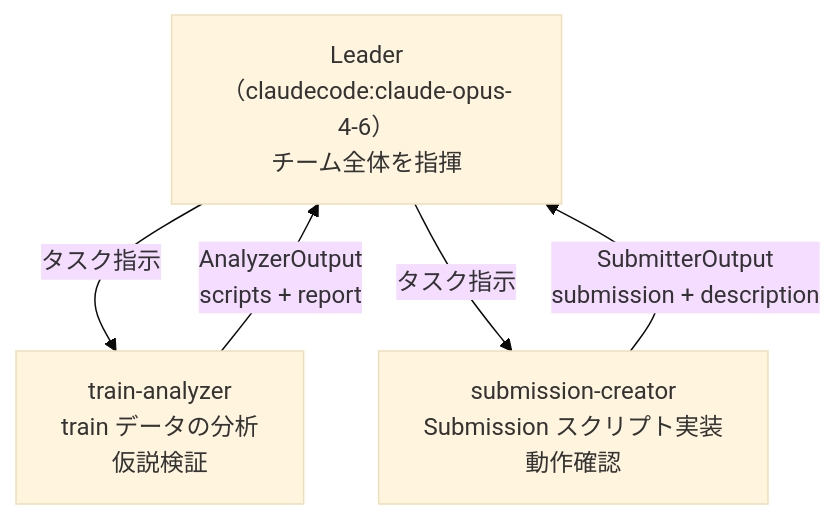
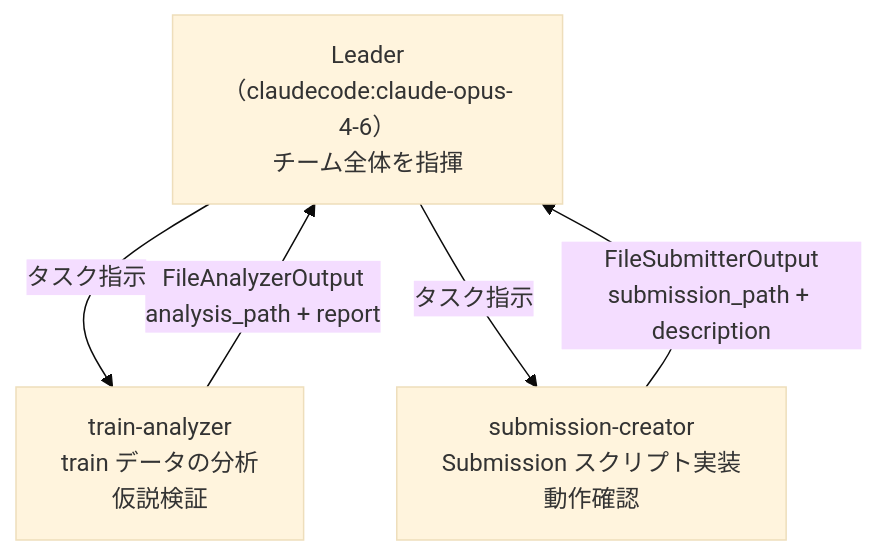
Before and after one commit to drillan/mixseek-quant-insight-plus: the second of 4 diagrams in docs/system-flow.md, drawn with Mermaid (base theme). The commit also changed other lines of this file and 10 other files, not shown here.

````diff
--- a/docs/system-flow.md
+++ b/docs/system-flow.md
@@ -146,8 +150,8 @@
 ```{mermaid}
 flowchart TB
     Leader["Leader<br>（claudecode:claude-opus-4-6）<br>チーム全体を指揮"]
     Leader -->|"タスク指示"| TA["train-analyzer<br>train データの分析<br>仮説検証"]
     Leader -->|"タスク指示"| SC["submission-creator<br>Submission スクリプト実装<br>動作確認"]
-    TA -->|"AnalyzerOutput<br>scripts + report"| Leader
-    SC -->|"SubmitterOutput<br>submission + description"| Leader
+    TA -->|"FileAnalyzerOutput<br>analysis_path + report"| Leader
+    SC -->|"FileSubmitterOutput<br>submission_path + description"| Leader
 ```
````
